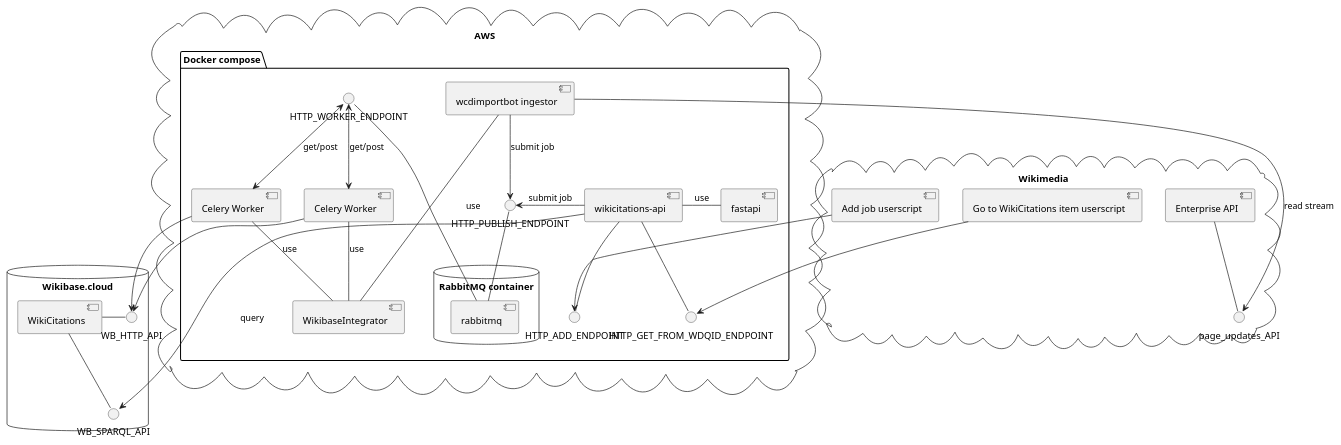
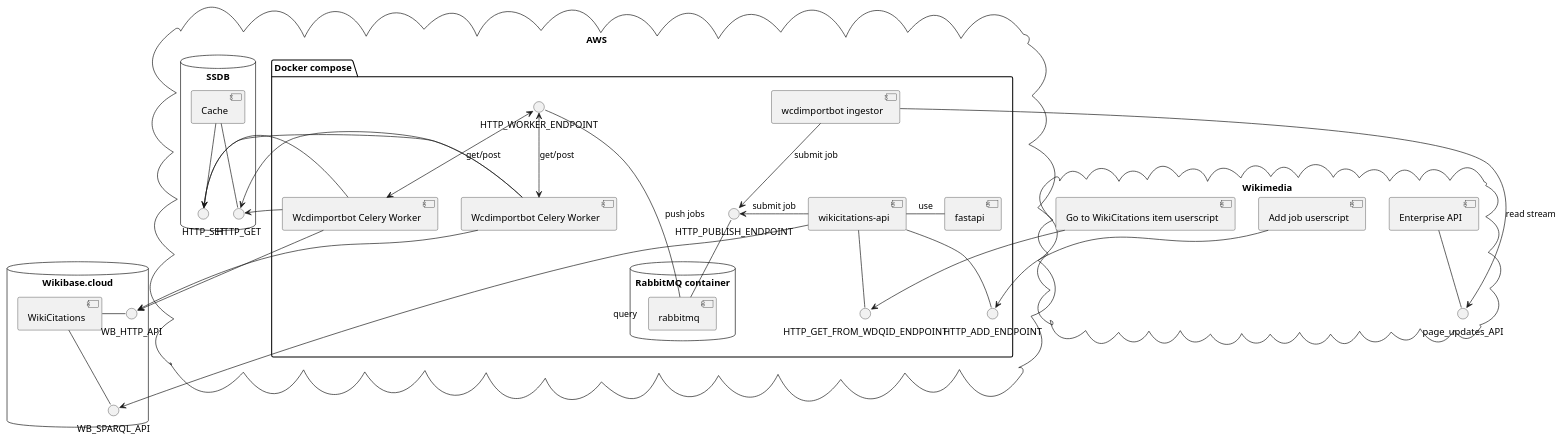
Before and after one commit to internetarchive/iari: the diagram in diagrams/components.puml, drawn with PlantUML.

Commit message:
components.puml: Add the cache also

```diff
--- a/diagrams/components.puml
+++ b/diagrams/components.puml
@@ -1,45 +1,53 @@
 @startuml
 'https://plantuml.com/component-diagram
 
 cloud "AWS" {
     package "Docker compose" {
         database "RabbitMQ container" {
           [rabbitmq] as RM
         }
         [fastapi] as FA
         [wikicitations-api] as WA
-        [WikibaseIntegrator] as WBI
+'        [WikibaseIntegrator] as WBI
         [wcdimportbot ingestor] as WI
-        [Celery Worker] as CW1
-        [Celery Worker] as CW2
-        CW1 -- WBI : use
-        CW2 -- WBI : use
+        [Wcdimportbot Celery Worker] as CW1
+        [Wcdimportbot Celery Worker] as CW2
+'        CW1 -- WBI : use
+'        CW2 -- WBI : use
         HTTP_PUBLISH_ENDPOINT -- RM
-        HTTP_WORKER_ENDPOINT --- RM
+        HTTP_WORKER_ENDPOINT --- RM : push jobs
         HTTP_WORKER_ENDPOINT <--> CW1 : get/post
         HTTP_WORKER_ENDPOINT <--> CW2 : get/post
         WA - FA : use
         WA -> HTTP_PUBLISH_ENDPOINT : submit job
         WA -- HTTP_ADD_ENDPOINT
         WA -- HTTP_GET_FROM_WDQID_ENDPOINT
         WI --> HTTP_PUBLISH_ENDPOINT : submit job
-        WI - WBI : use
+'        WI - WBI : use
+    }
+    database "SSDB" {
+        [Cache] -- HTTP_SET
+        [Cache] -- HTTP_GET
+        CW1 -> HTTP_GET
+        CW2 -> HTTP_GET
+        CW1 -> HTTP_SET
+        CW2 -> HTTP_SET
     }
 }
 
 cloud "Wikimedia"{
   [Enterprise API] -- page_updates_API
   WI -> page_updates_API : read stream
   [Add job userscript] -> HTTP_ADD_ENDPOINT
   [Go to WikiCitations item userscript] --> HTTP_GET_FROM_WDQID_ENDPOINT
 }
 
 database "Wikibase.cloud" {
     [WikiCitations] as WC
     WC - WB_HTTP_API
     WC -- WB_SPARQL_API
     WA -> WB_SPARQL_API : query
     CW1 --> WB_HTTP_API
     CW2 --> WB_HTTP_API
 }
 @enduml
```
